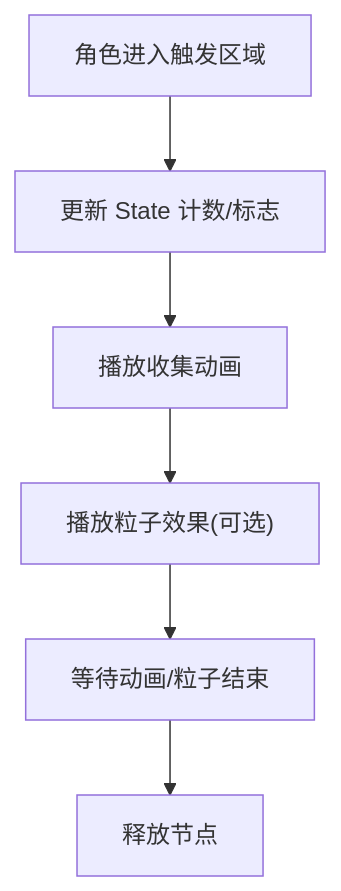
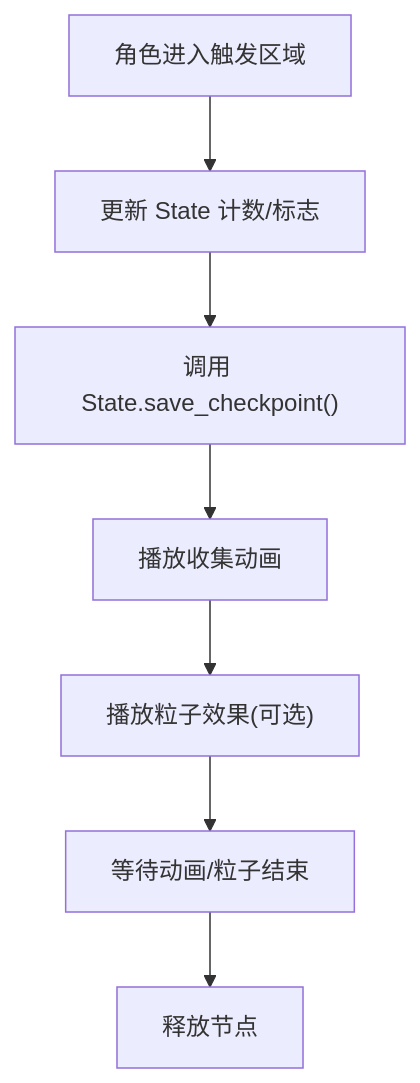
Before and after one commit to godotline/godot-line: the eighth of 9 diagrams in .qoder/repowiki/zh/content/游戏系统/触发器系统/触发器系统.md, drawn with Mermaid. The commit also changed other lines of this file and 687 other files, not shown here.

````diff
--- a/.qoder/repowiki/zh/content/游戏系统/触发器系统/触发器系统.md
+++ b/.qoder/repowiki/zh/content/游戏系统/触发器系统/触发器系统.md
@@ -531,8 +554,9 @@
 ```mermaid
 flowchart TD
 Enter["角色进入触发区域"] --> Collect["更新 State 计数/标志"]
-Collect --> PlayAnim["播放收集动画"]
+Collect --> SaveCheckpoint["调用 State.save_checkpoint()"]
+SaveCheckpoint --> PlayAnim["播放收集动画"]
 PlayAnim --> Particles["播放粒子效果(可选)"]
 Particles --> Wait["等待动画/粒子结束"]
 Wait --> Free["释放节点"]
 ```
````
